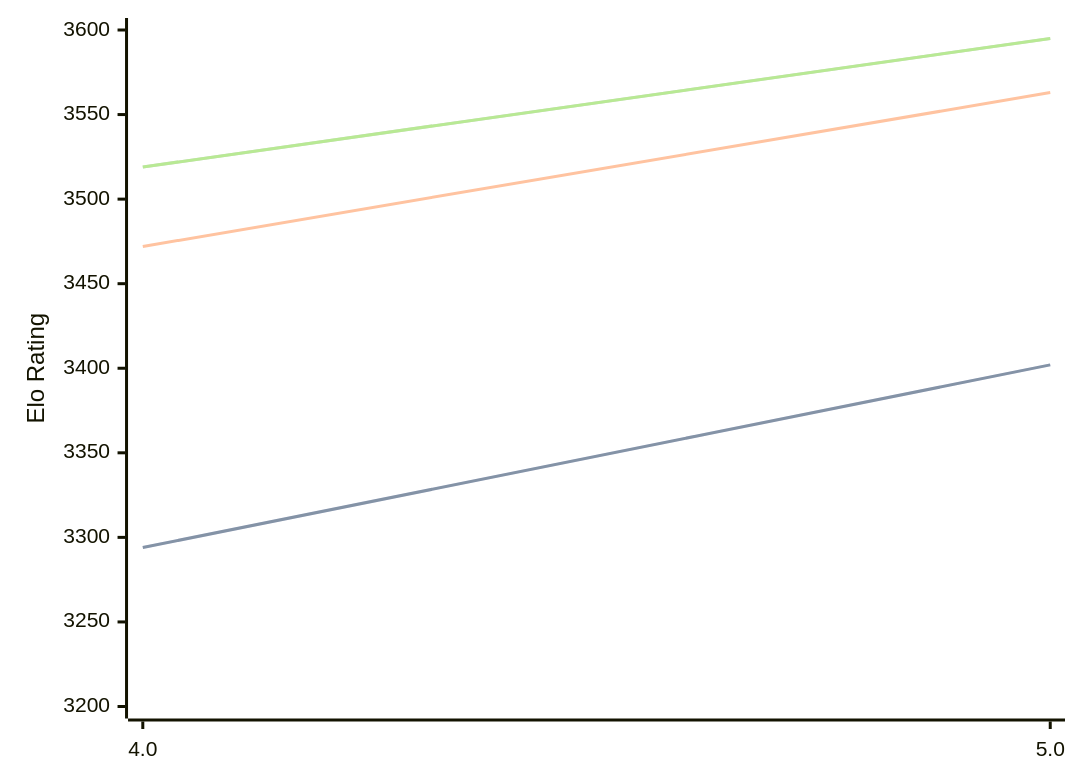
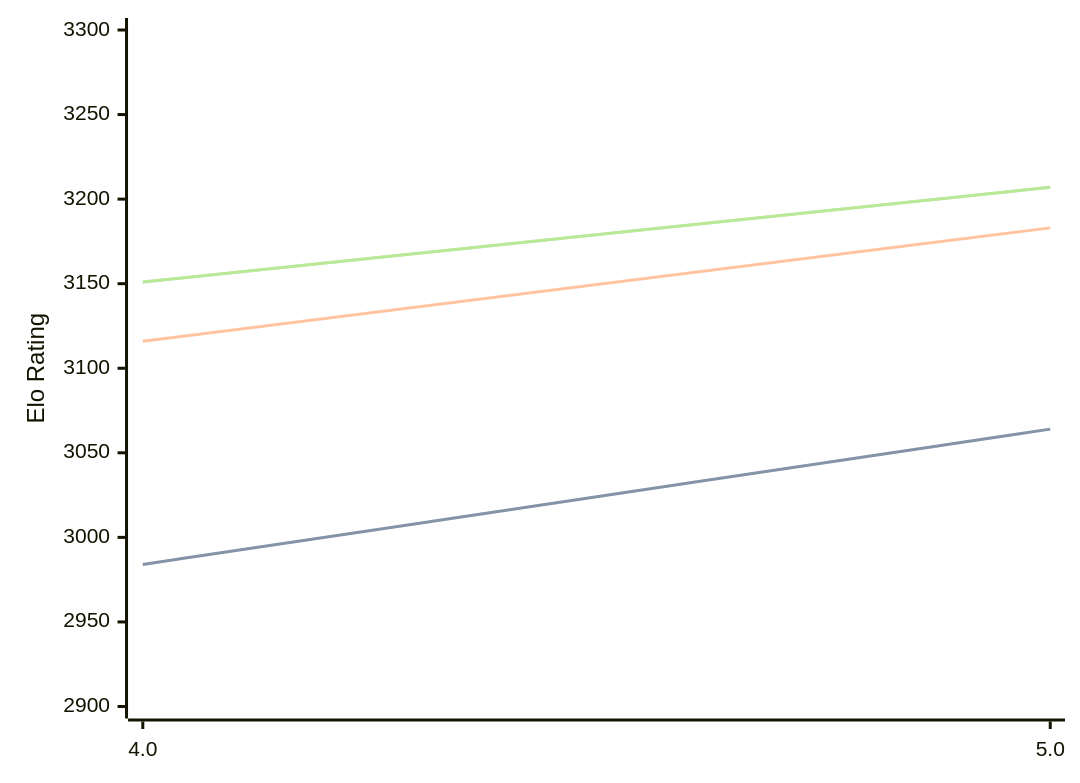
The diagram in engines/Tarnished.md (computer-chess-index/cci), drawn with Mermaid before and after one commit. The commit also changed other lines of this file, not shown here.

Commit message:
Update CCI Ratings (ELO VLTC) - 2026-02-23

````diff
--- a/engines/Tarnished.md
+++ b/engines/Tarnished.md
@@ -33,11 +33,11 @@
 ```mermaid
 %%{init: {"theme":"base","themeVariables":{"seriesColors:['#a3a3a3','#222221','#faa371']}}}%%
 xychart-beta
   x-axis ["4.0", "5.0"]
-  y-axis "Elo Rating" 3200 --> 3600
-  line "STC (8.0+0.08s)" [3294, 3402]
-  line "STC (8.0+0.08s)" [3294, 3402]
-  line "LTC (60.0+0.60s)" [3472, 3563]
-  line "VLTC (2m24s+1.12s)" [3519, 3595]
-  line "VLTC (2m24s+1.12s)" [3519, 3595]
+  y-axis "Elo Rating" 2900 --> 3300
+  line "STC (8.0+0.08s)" [2984, 3064]
+  line "STC (8.0+0.08s)" [2984, 3064]
+  line "LTC (60.0+0.60s)" [3116, 3183]
+  line "VLTC (2m24s+1.12s)" [3151, 3207]
+  line "VLTC (2m24s+1.12s)" [3151, 3207]
 ```
````
